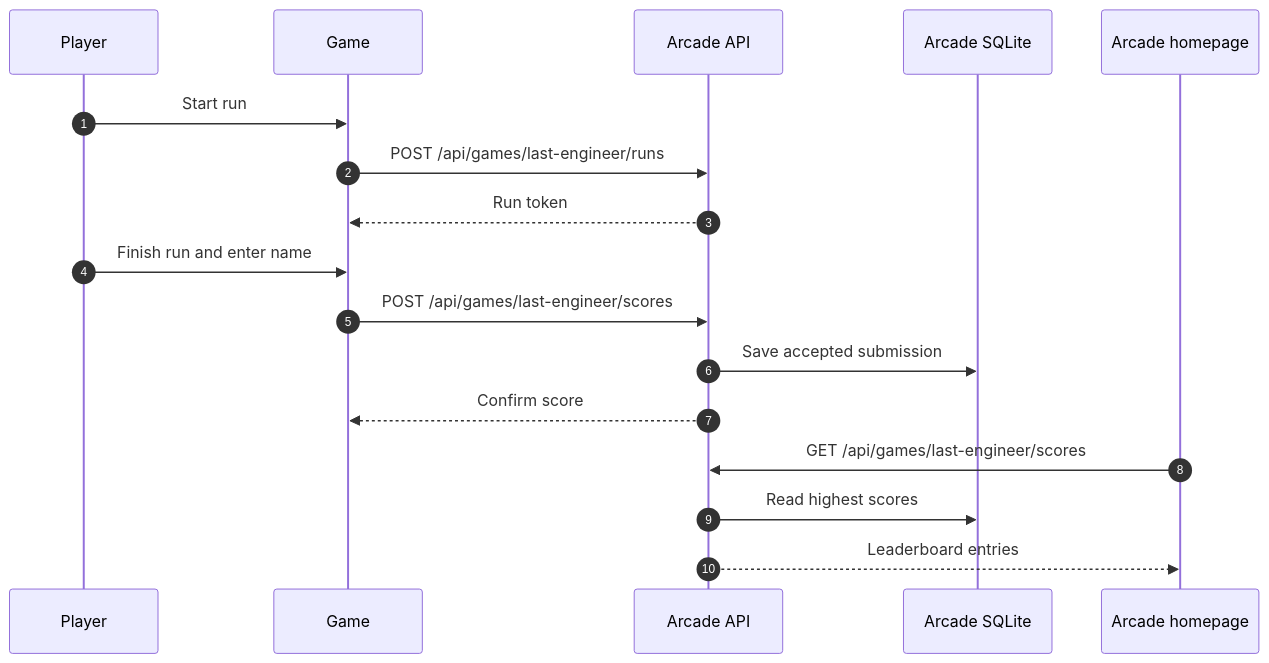
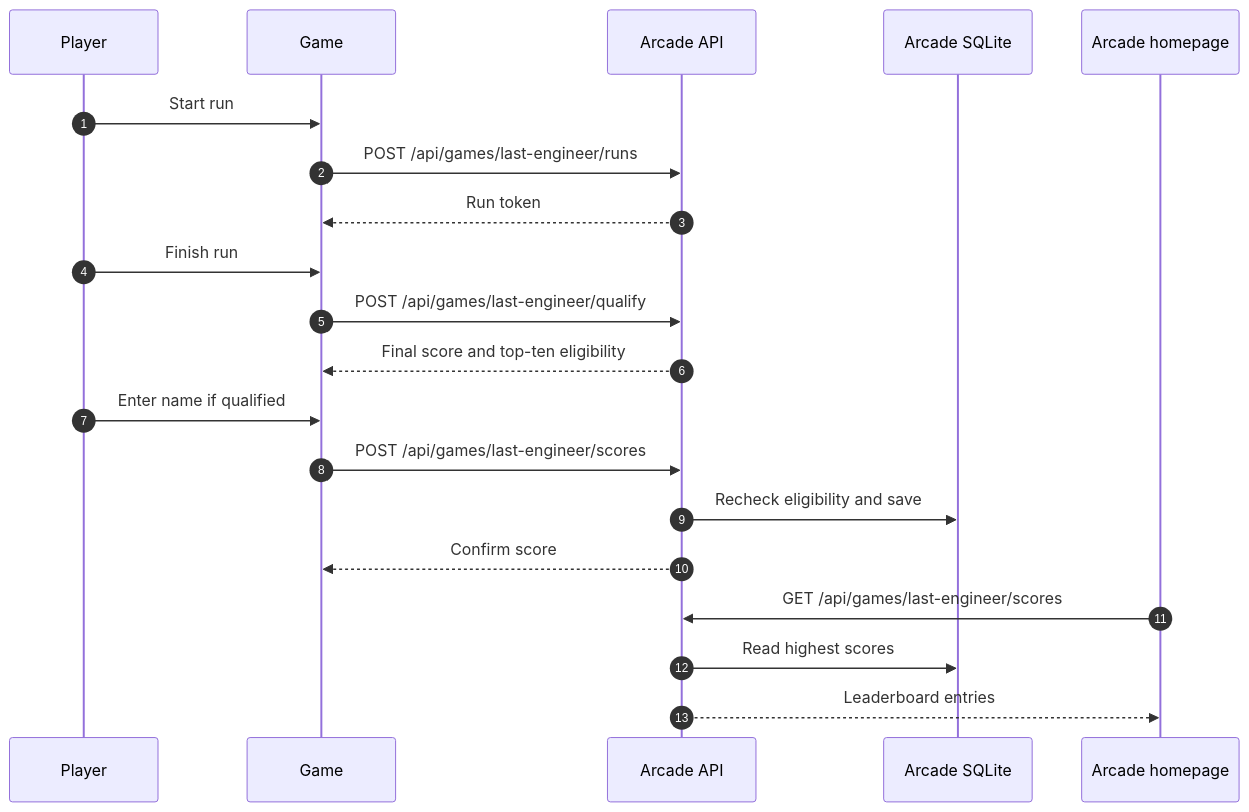
Before and after one commit to shoemoney/SMA-last-engineer: the first of 2 diagrams in README.md, drawn with Mermaid. The commit also changed other lines of this file and 10 other files, not shown here.

Commit message:
Complete hero leaderboard flow and normalize ranked combat timing

````diff
--- a/README.md
+++ b/README.md
@@ -102,19 +112,22 @@
 ```mermaid
 sequenceDiagram
     autonumber
     participant Player
     participant Game
     participant API as Arcade API
     participant DB as Arcade SQLite
     participant Home as Arcade homepage
     Player->>Game: Start run
     Game->>API: POST /api/games/last-engineer/runs
     API-->>Game: Run token
-    Player->>Game: Finish run and enter name
+    Player->>Game: Finish run
+    Game->>API: POST /api/games/last-engineer/qualify
+    API-->>Game: Final score and top-ten eligibility
+    Player->>Game: Enter name if qualified
     Game->>API: POST /api/games/last-engineer/scores
-    API->>DB: Save accepted submission
+    API->>DB: Recheck eligibility and save
     API-->>Game: Confirm score
     Home->>API: GET /api/games/last-engineer/scores
     API->>DB: Read highest scores
     API-->>Home: Leaderboard entries
 ```
````
